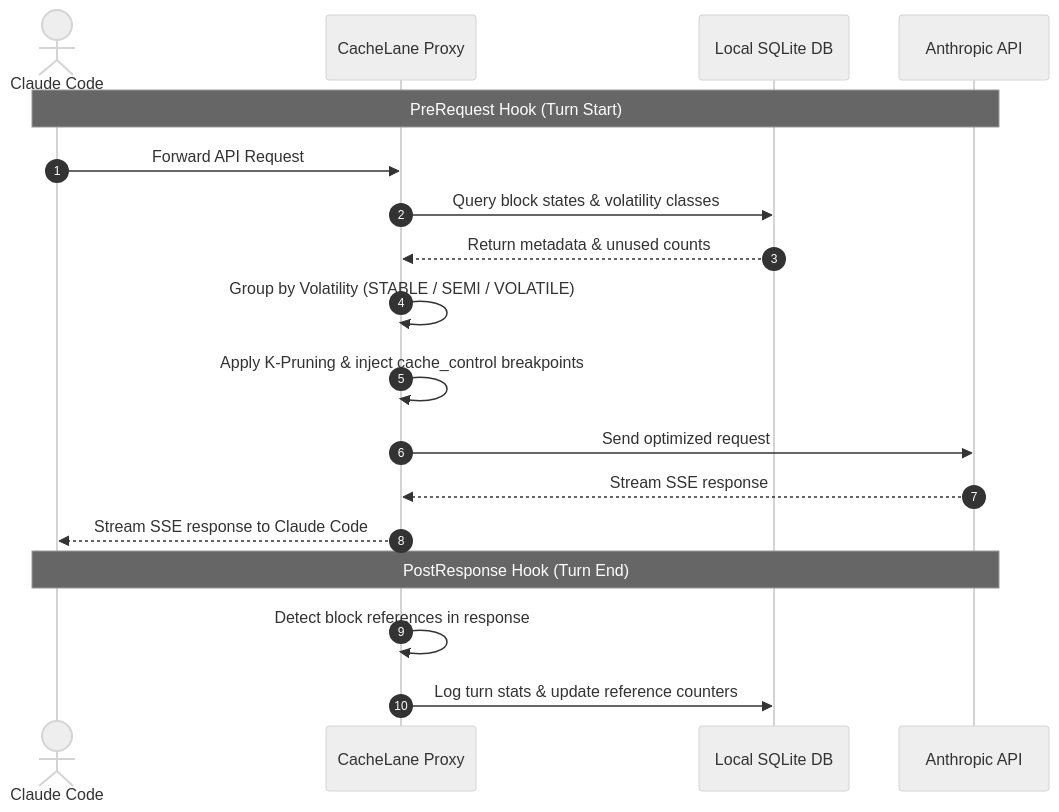
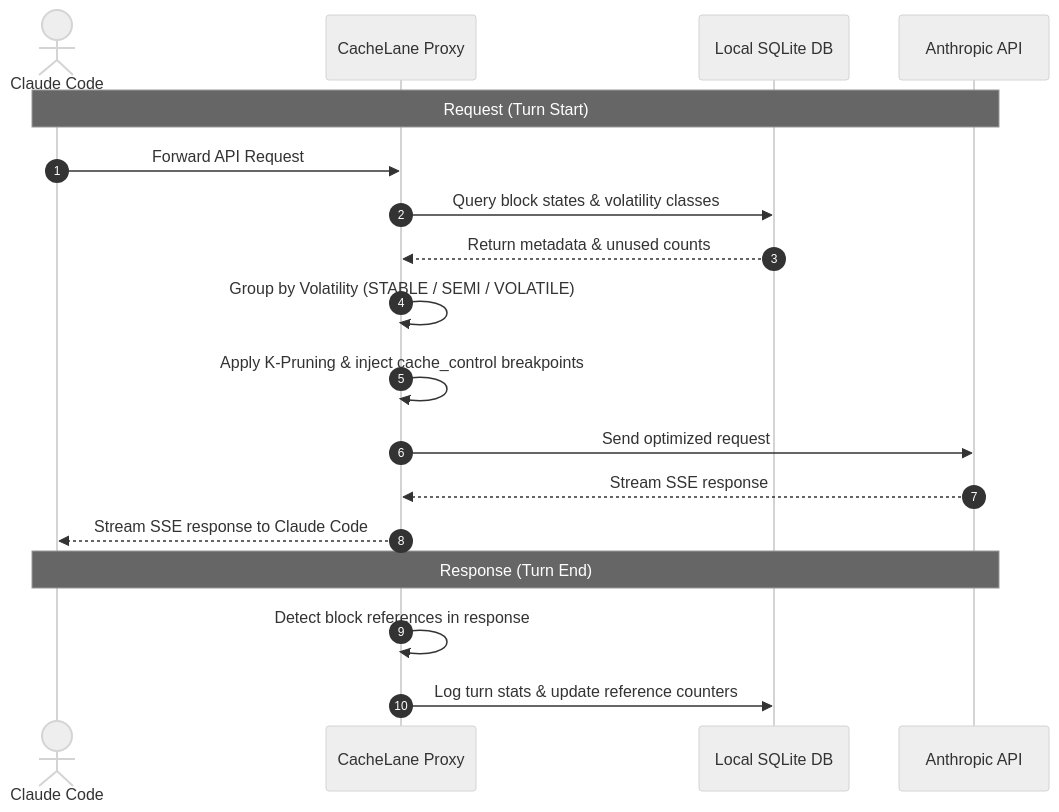
One commit to Aditya-Tripuraneni/CacheLane changed the first of 3 diagrams in README.md. Above: the diagram before and after it, drawn with Mermaid (neutral theme). The commit also changed other lines of this file and 8 other files, not shown here.

````diff
--- a/README.md
+++ b/README.md
@@ -37,22 +226,22 @@
 ```mermaid
 sequenceDiagram
     autonumber
     actor User as Claude Code
     participant CL as CacheLane Proxy
     participant DB as Local SQLite DB
     participant API as Anthropic API
 
-    Note over User, API: PreRequest Hook (Turn Start)
+    Note over User, API: Request (Turn Start)
     User->>CL: Forward API Request
     CL->>DB: Query block states & volatility classes
     DB-->>CL: Return metadata & unused counts
     CL->>CL: Group by Volatility (STABLE / SEMI / VOLATILE)
     CL->>CL: Apply K-Pruning & inject cache_control breakpoints
     CL->>API: Send optimized request
     API-->>CL: Stream SSE response
     CL-->>User: Stream SSE response to Claude Code
-    
-    Note over User, API: PostResponse Hook (Turn End)
+
+    Note over User, API: Response (Turn End)
     CL->>CL: Detect block references in response
     CL->>DB: Log turn stats & update reference counters
 ```
````
